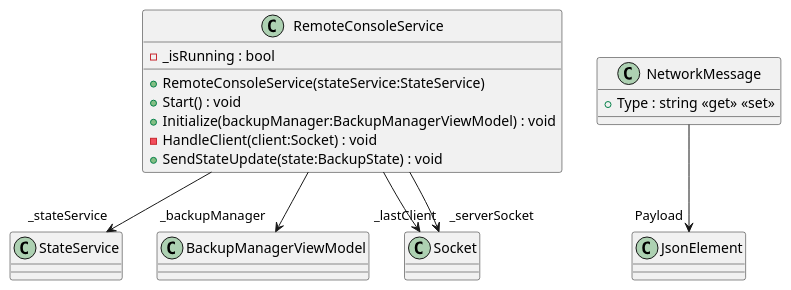
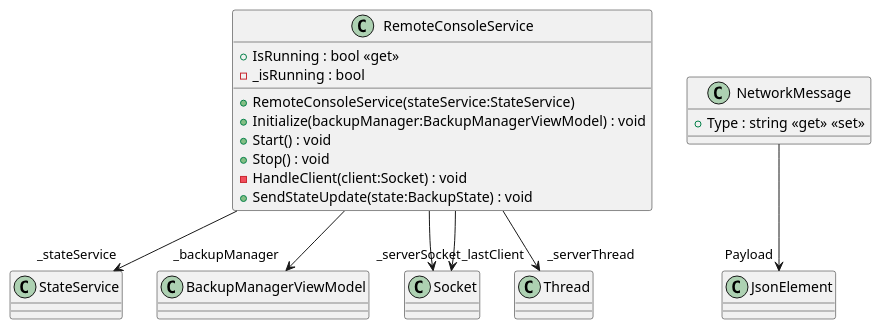
The diagram in EASYSAVE_V3_0/UML Diagrams/diagrams/Class_diagrams_V3_0/Services/RemoteConsoleService.puml (ArtyBrg/EasySave), drawn with PlantUML before and after one commit. The commit also changed 137 other files, not shown here.

Commit message:
Change some comments and the class diagram

```diff
--- a/EASYSAVE_V3_0/UML Diagrams/diagrams/Class_diagrams_V3_0/Services/RemoteConsoleService.puml
+++ b/EASYSAVE_V3_0/UML Diagrams/diagrams/Class_diagrams_V3_0/Services/RemoteConsoleService.puml
@@ -1,18 +1,21 @@
 @startuml
 class RemoteConsoleService {
+    + IsRunning : bool <<get>>
+    - _isRunning : bool
     + RemoteConsoleService(stateService:StateService)
-    - _isRunning : bool
+    + Initialize(backupManager:BackupManagerViewModel) : void
     + Start() : void
-    + Initialize(backupManager:BackupManagerViewModel) : void
+    + Stop() : void
     - HandleClient(client:Socket) : void
     + SendStateUpdate(state:BackupState) : void
 }
 class NetworkMessage {
     + Type : string <<get>> <<set>>
 }
 RemoteConsoleService --> "_stateService" StateService
 RemoteConsoleService --> "_backupManager" BackupManagerViewModel
+RemoteConsoleService --> "_serverSocket" Socket
 RemoteConsoleService --> "_lastClient" Socket
-RemoteConsoleService --> "_serverSocket" Socket
+RemoteConsoleService --> "_serverThread" Thread
 NetworkMessage --> "Payload" JsonElement
 @enduml
```
